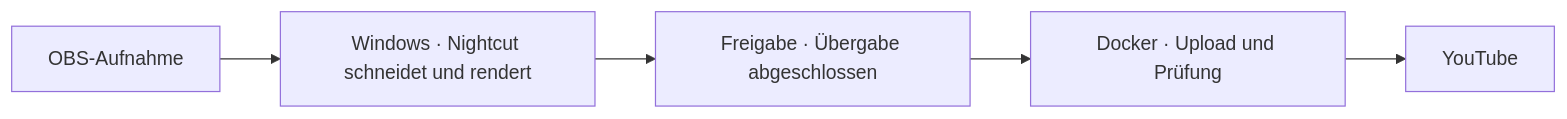
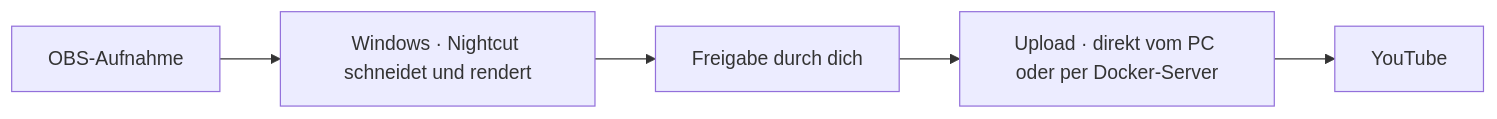
The diagram in README.de.md (PaddyZockt/VODWerft), drawn with Mermaid before and after one commit. The commit also changed other lines of this file and 126 other files, not shown here.

````diff
--- a/README.de.md
+++ b/README.de.md
@@ -13,7 +13,7 @@
 ```mermaid
 flowchart LR
     A["OBS-Aufnahme"] --> B["Windows · Nightcut schneidet und rendert"]
-    B --> C["Freigabe · Übergabe abgeschlossen"]
-    C --> D["Docker · Upload und Prüfung"]
+    B --> C["Freigabe durch dich"]
+    C --> D["Upload · direkt vom PC oder per Docker-Server"]
     D --> E["YouTube"]
 ```
````
